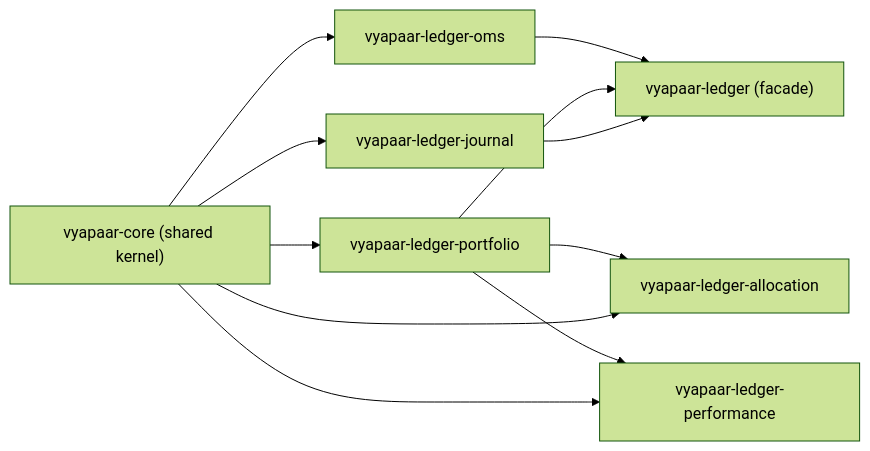
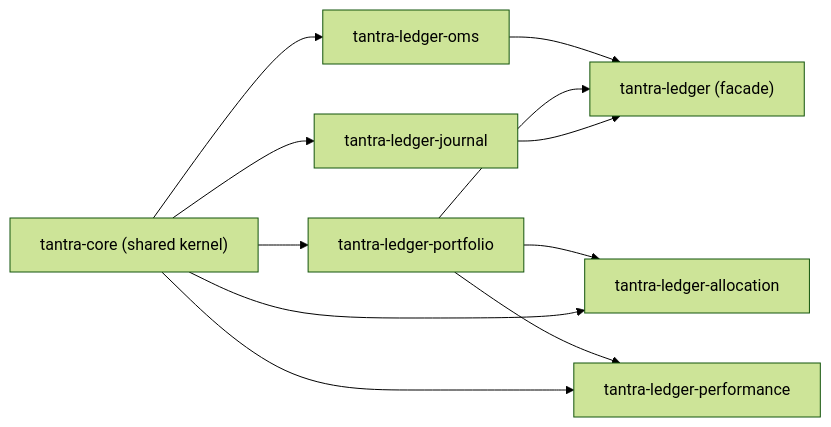
One commit to tantra-labs/tantra-ledger changed the diagram in docs/design/architecture.md. Above: the diagram before and after it, drawn with Mermaid (forest theme). The commit also changed other lines of this file and 105 other files, not shown here.

Commit message:
refactor(ledger): rename vyapaar-* crates to tantra-*

````diff
--- a/docs/design/architecture.md
+++ b/docs/design/architecture.md
@@ -32,21 +32,21 @@
 ```mermaid
 flowchart LR
-    Core["vyapaar-core (shared kernel)"]
-    OMS["vyapaar-ledger-oms"]
-    PF["vyapaar-ledger-portfolio"]
-    JR["vyapaar-ledger-journal"]
-    AL["vyapaar-ledger-allocation"]
-    PE["vyapaar-ledger-performance"]
-    FA["vyapaar-ledger (facade)"]
+    Core["tantra-core (shared kernel)"]
+    OMS["tantra-ledger-oms"]
+    PF["tantra-ledger-portfolio"]
+    JR["tantra-ledger-journal"]
+    AL["tantra-ledger-allocation"]
+    PE["tantra-ledger-performance"]
+    FA["tantra-ledger (facade)"]
 
     Core --> OMS
     Core --> PF
     Core --> JR
     PF --> AL
     PF --> PE
     Core --> AL
     Core --> PE
     OMS --> FA
     PF --> FA
     JR --> FA
 ```
````
